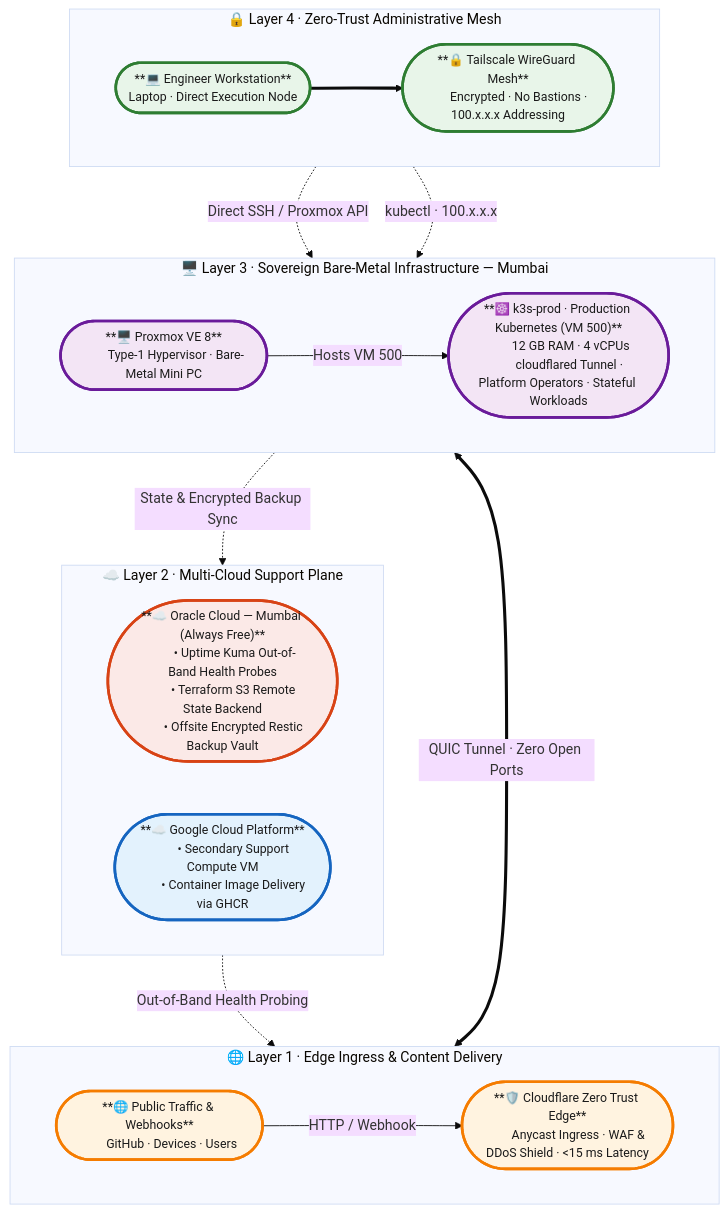
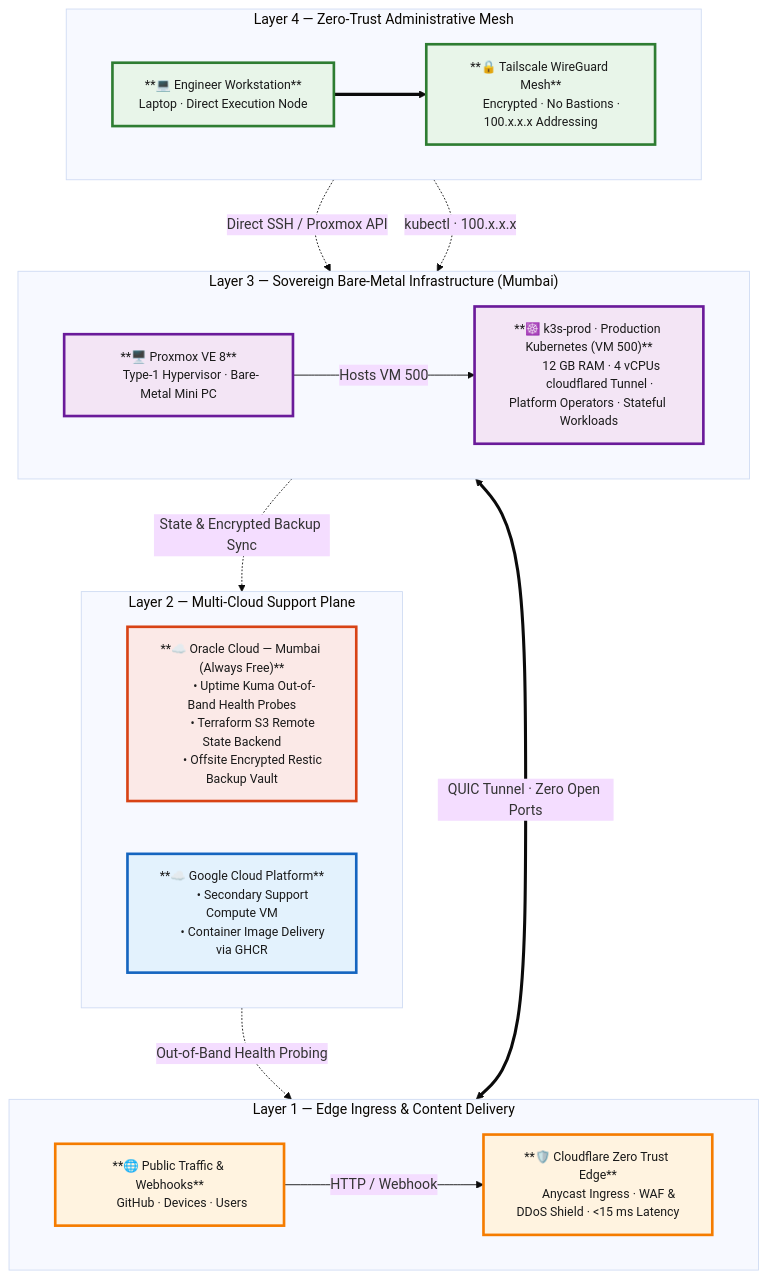
Before and after one commit to vsingh55/homelab-ops: the first of 4 diagrams in README.md, drawn with Mermaid. The commit also changed other lines of this file, not shown here.

Commit message:
updated README flowcharts

````diff
--- a/README.md
+++ b/README.md
@@ -38,69 +38,74 @@
 ```mermaid
 %%{init: {'theme': 'base', 'themeVariables': {'fontSize': '16px', 'fontFamily': 'Inter, Segoe UI, sans-serif'}, 'flowchart': {'curve': 'basis', 'nodeSpacing': 60, 'rankSpacing': 80}}}%%
 flowchart TB
 
-    %% ── STYLE DEFINITIONS ─────────────────────────────────────────
+    %% ── GLOBAL COLOUR SYSTEM ─────────────────────────────────────
+    %% edge / CDN layer  → amber-orange
+    %% OCI cloud         → deep-orange / coral
+    %% GCP cloud         → blue
+    %% on-prem infra     → purple
+    %% admin / security  → green
     classDef edgeStyle  fill:#FFF3E0,stroke:#F57C00,stroke-width:3px,color:#1A1A1A,font-size:14px;
     classDef ociStyle   fill:#FBE9E7,stroke:#D84315,stroke-width:3px,color:#1A1A1A,font-size:14px;
     classDef gcpStyle   fill:#E3F2FD,stroke:#1565C0,stroke-width:3px,color:#1A1A1A,font-size:14px;
     classDef infraStyle fill:#F3E5F5,stroke:#6A1B9A,stroke-width:3px,color:#1A1A1A,font-size:14px;
     classDef adminStyle fill:#E8F5E9,stroke:#2E7D32,stroke-width:3px,color:#1A1A1A,font-size:14px;
 
     %% ── LAYER 1 · PUBLIC EDGE ─────────────────────────────────────
-    subgraph Edge["🌐  Layer 1 · Edge Ingress & Content Delivery"]
+    subgraph Edge["Layer 1 — Edge Ingress & Content Delivery"]
         direction LR
-        Users(["**🌐 Public Traffic & Webhooks**
-        GitHub · Devices · Users"])
-        CF(["**🛡️ Cloudflare Zero Trust Edge**
-        Anycast Ingress · WAF & DDoS Shield · <15 ms Latency"])
+        Users["**🌐 Public Traffic & Webhooks**
+        GitHub · Devices · Users"]
+        CF["**🛡️ Cloudflare Zero Trust Edge**
+        Anycast Ingress · WAF & DDoS Shield · <15 ms Latency"]
     end
     class Users,CF edgeStyle;
 
     %% ── LAYER 2 · MULTI-CLOUD SUPPORT ────────────────────────────
-    subgraph CloudSupport["☁️  Layer 2 · Multi-Cloud Support Plane"]
+    subgraph CloudSupport["Layer 2 — Multi-Cloud Support Plane"]
         direction LR
-        OCI(["**☁️ Oracle Cloud — Mumbai (Always Free)**
+        OCI["**☁️ Oracle Cloud — Mumbai (Always Free)**
         • Uptime Kuma Out-of-Band Health Probes
         • Terraform S3 Remote State Backend
-        • Offsite Encrypted Restic Backup Vault"])
-        GCP(["**☁️ Google Cloud Platform**
+        • Offsite Encrypted Restic Backup Vault"]
+        GCP["**☁️ Google Cloud Platform**
         • Secondary Support Compute VM
-        • Container Image Delivery via GHCR"])
+        • Container Image Delivery via GHCR"]
     end
     class OCI ociStyle;
     class GCP gcpStyle;
 
     %% ── LAYER 3 · SOVEREIGN ON-PREM ──────────────────────────────
-    subgraph OnPrem["🖥️  Layer 3 · Sovereign Bare-Metal Infrastructure — Mumbai"]
+    subgraph OnPrem["Layer 3 — Sovereign Bare-Metal Infrastructure (Mumbai)"]
         direction LR
-        PVE(["**🖥️ Proxmox VE 8**
-        Type-1 Hypervisor · Bare-Metal Mini PC"])
-        K3S(["**☸️ k3s-prod · Production Kubernetes (VM 500)**
+        PVE["**🖥️ Proxmox VE 8**
+        Type-1 Hypervisor · Bare-Metal Mini PC"]
+        K3S["**☸️ k3s-prod · Production Kubernetes (VM 500)**
         12 GB RAM · 4 vCPUs
-        cloudflared Tunnel · Platform Operators · Stateful Workloads"])
+        cloudflared Tunnel · Platform Operators · Stateful Workloads"]
     end
     class PVE,K3S infraStyle;
 
     %% ── LAYER 4 · ADMIN MESH ─────────────────────────────────────
-    subgraph Admin["🔒  Layer 4 · Zero-Trust Administrative Mesh"]
+    subgraph Admin["Layer 4 — Zero-Trust Administrative Mesh"]
         direction LR
-        Workstation(["**💻 Engineer Workstation**
-        Laptop · Direct Execution Node"])
-        Tailscale(["**🔒 Tailscale WireGuard Mesh**
-        Encrypted · No Bastions · 100.x.x.x Addressing"])
+        Workstation["**💻 Engineer Workstation**
+        Laptop · Direct Execution Node"]
+        Tailscale["**🔒 Tailscale WireGuard Mesh**
+        Encrypted · No Bastions · 100.x.x.x Addressing"]
     end
     class Workstation,Tailscale adminStyle;
 
     %% ── NETWORK FLOWS ─────────────────────────────────────────────
-    Users        -- "HTTP / Webhook"              --> CF
+    Users        -- "HTTP / Webhook"                --> CF
     CF           <== "QUIC Tunnel · Zero Open Ports" ==> K3S
 
-    OCI          -. "Out-of-Band Health Probing"  .-> CF
+    OCI          -. "Out-of-Band Health Probing"    .-> CF
     K3S          -. "State & Encrypted Backup Sync" .-> OCI
 
-    Workstation  ==>                                  Tailscale
-    Tailscale    -. "Direct SSH / Proxmox API"    .-> PVE
-    Tailscale    -. "kubectl · 100.x.x.x"         .-> K3S
+    Workstation  ==>                                    Tailscale
+    Tailscale    -. "Direct SSH / Proxmox API"      .-> PVE
+    Tailscale    -. "kubectl · 100.x.x.x"           .-> K3S
 
-    PVE          -- "Hosts VM 500"                --> K3S
+    PVE          -- "Hosts VM 500"                  --> K3S
 ```
````
